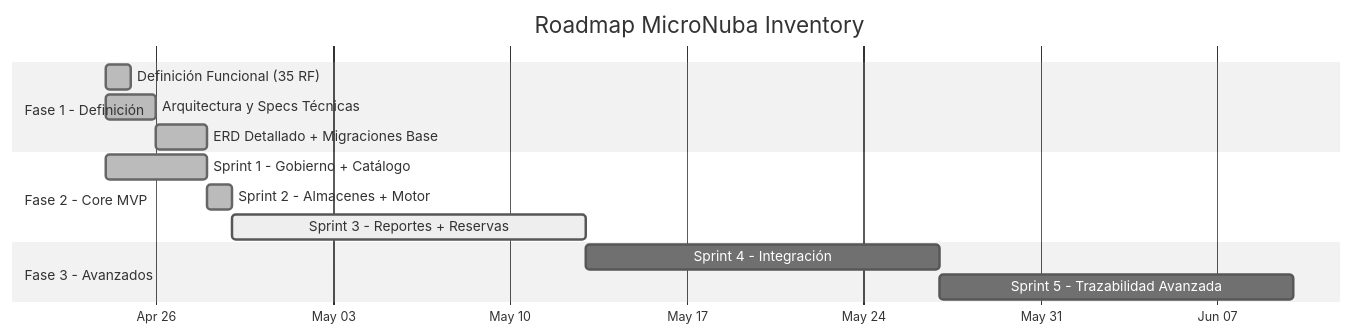
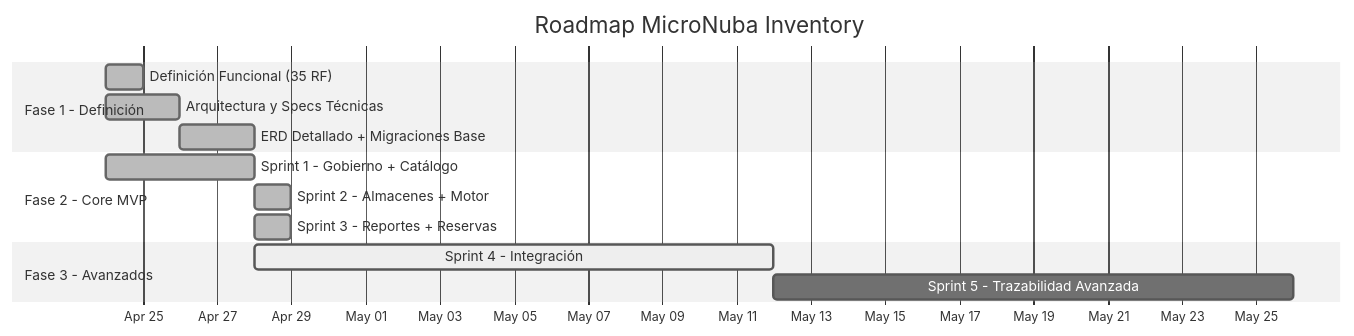
One commit to deimorga/SAAS-Gestion_Inventarios changed the diagram in doc/Planeacion/Planes_Trabajo/plan_trabajo_mvp.md. Above: the diagram before and after it, drawn with Mermaid (neutral theme). The commit also changed other lines of this file and 2 other files, not shown here.

First line of the commit message:
docs(planeacion): cerrar Sprint 3 en backlog/plan y crear Sprint 4

````diff
--- a/doc/Planeacion/Planes_Trabajo/plan_trabajo_mvp.md
+++ b/doc/Planeacion/Planes_Trabajo/plan_trabajo_mvp.md
@@ -11,20 +11,20 @@
 ```mermaid
 gantt
     title Roadmap MicroNuba Inventory
     dateFormat YYYY-MM-DD
     axisFormat %b %d
 
     section Fase 1 - Definición
     Definición Funcional (35 RF)         :done, f1a, 2026-04-24, 1d
     Arquitectura y Specs Técnicas        :done, f1b, 2026-04-24, 2d
     ERD Detallado + Migraciones Base     :done, f1c, 2026-04-26, 2d
 
     section Fase 2 - Core MVP
     Sprint 1 - Gobierno + Catálogo       :done, s1, 2026-04-24, 4d
     Sprint 2 - Almacenes + Motor         :done, s2, 2026-04-28, 1d
-    Sprint 3 - Reportes + Reservas       :active, s3, 2026-04-29, 14d
+    Sprint 3 - Reportes + Reservas       :done, s3, 2026-04-28, 1d
 
     section Fase 3 - Avanzados
-    Sprint 4 - Integración               :s4, after s3, 14d
+    Sprint 4 - Integración               :active, s4, 2026-04-28, 14d
     Sprint 5 - Trazabilidad Avanzada     :s5, after s4, 14d
 ```
````
